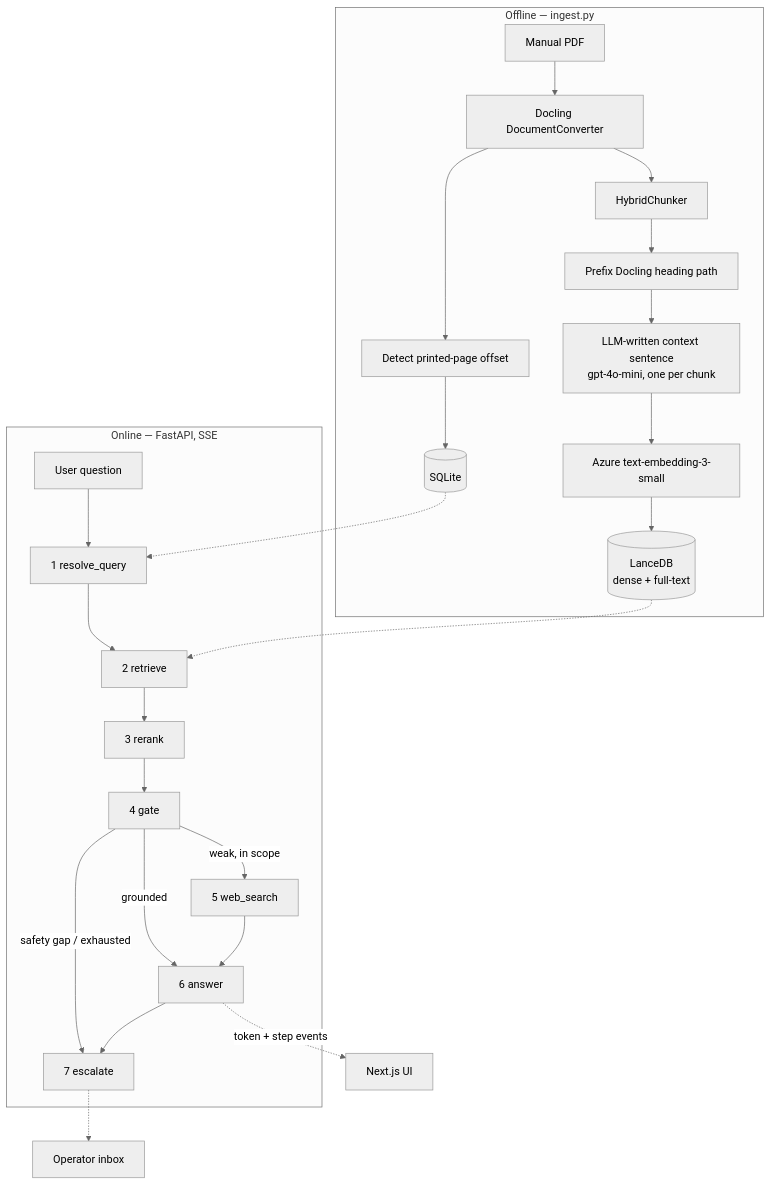
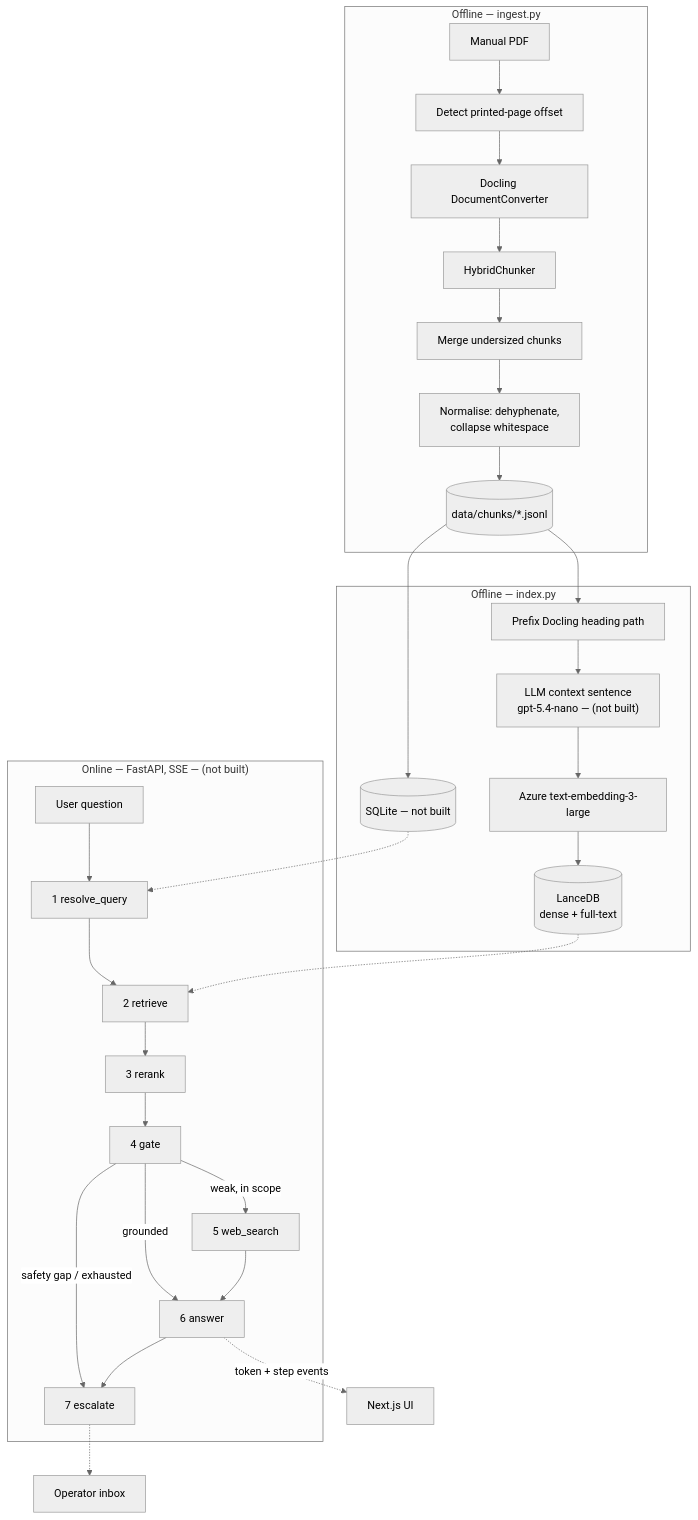
Before and after one commit to NilupulNishan/large-document-processing-demo: the diagram in docs/architecture.md, drawn with Mermaid (neutral theme). The commit also changed other lines of this file and 9 other files, not shown here.

First line of the commit message:
feat: embed both manuals into a hybrid-searchable lancedb index

````diff
--- a/docs/architecture.md
+++ b/docs/architecture.md
@@ -14,30 +16,36 @@
 ```mermaid
 flowchart TB
-    subgraph offline["Offline — ingest.py"]
-        pdf[Manual PDF] --> docling[Docling DocumentConverter]
+    subgraph ingest["Offline — ingest.py"]
+        pdf[Manual PDF] --> offset["Detect printed-page offset"]
+        offset --> docling[Docling DocumentConverter]
         docling --> chunk[HybridChunker]
-        chunk --> head["Prefix Docling heading path"]
-        head --> ctx["LLM-written context sentence<br/>gpt-4o-mini, one per chunk"]
-        ctx --> embed[Azure text-embedding-3-small]
-        embed --> lance[(LanceDB<br/>dense + full-text)]
-        docling --> offset["Detect printed-page offset"]
-        offset --> sqlite[(SQLite)]
+        chunk --> merge["Merge undersized chunks"]
+        merge --> norm["Normalise: dehyphenate,<br/>collapse whitespace"]
+        norm --> jsonl[("data/chunks/*.jsonl")]
     end
 
-    subgraph online["Online — FastAPI, SSE"]
+    subgraph index["Offline — index.py"]
+        jsonl --> head["Prefix Docling heading path"]
+        head --> ctx["LLM context sentence<br/>gpt-5.4-nano — (not built)"]
+        ctx --> embed[Azure text-embedding-3-large]
+        embed --> lance[(LanceDB<br/>dense + full-text)]
+        jsonl --> sqlite[(SQLite — not built)]
+    end
+
+    subgraph online["Online — FastAPI, SSE — (not built)"]
         q[User question] --> resolve["1 resolve_query"]
         resolve --> retrieve["2 retrieve"]
         retrieve --> rerank["3 rerank"]
         rerank --> gate["4 gate"]
         gate -->|weak, in scope| web["5 web_search"]
         gate -->|grounded| answer["6 answer"]
         web --> answer
         gate -->|safety gap / exhausted| esc["7 escalate"]
         answer --> esc
     end
 
     lance -.-> retrieve
     sqlite -.-> resolve
     answer -.->|token + step events| ui[Next.js UI]
     esc -.-> inbox[Operator inbox]
 ```
````
